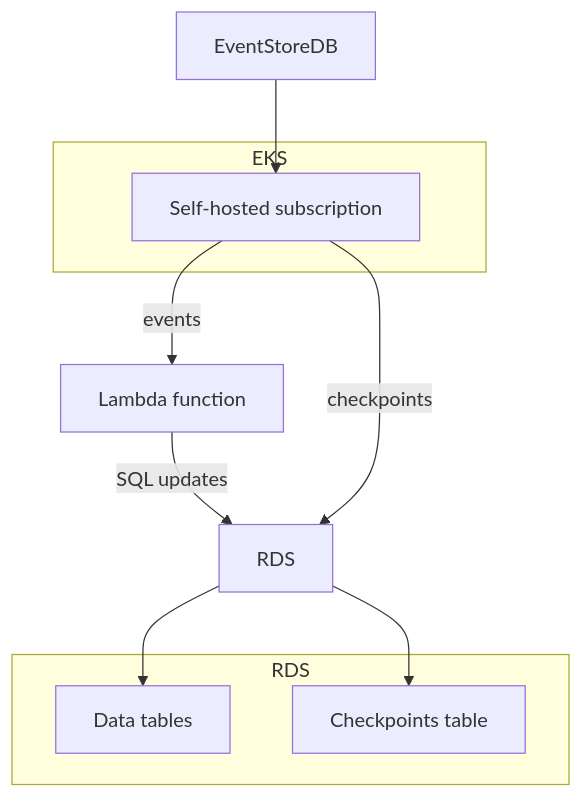
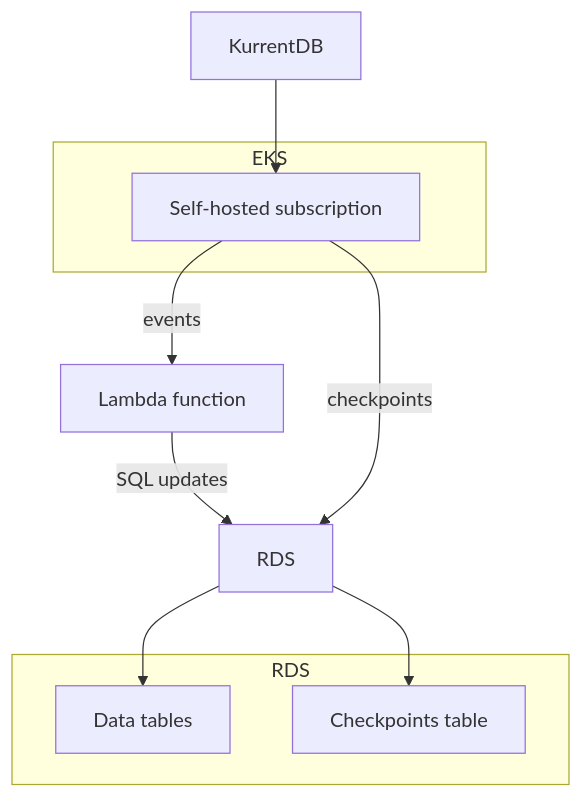
The second of 3 diagrams in docs/server/features/connectors/README.md (EventStore/EventStore), drawn with Mermaid before and after one commit. The commit also changed other lines of this file and 7 other files, not shown here.

````diff
--- a/docs/server/features/connectors/README.md
+++ b/docs/server/features/connectors/README.md
@@ -53,18 +53,18 @@
 ```mermaid
 graph TD
-    A[EventStoreDB] --> B[Self-hosted subscription]
+    A[KurrentDB] --> B[Self-hosted subscription]
     B -->|events| C[Lambda function]
     C -->|SQL updates| D[RDS]
     B -->|checkpoints| D
     D --> E[Data tables]
     D --> F[Checkpoints table]
 
     subgraph EKS
         B
     end
 
     subgraph RDS
         E
         F
     end
 ```
````
